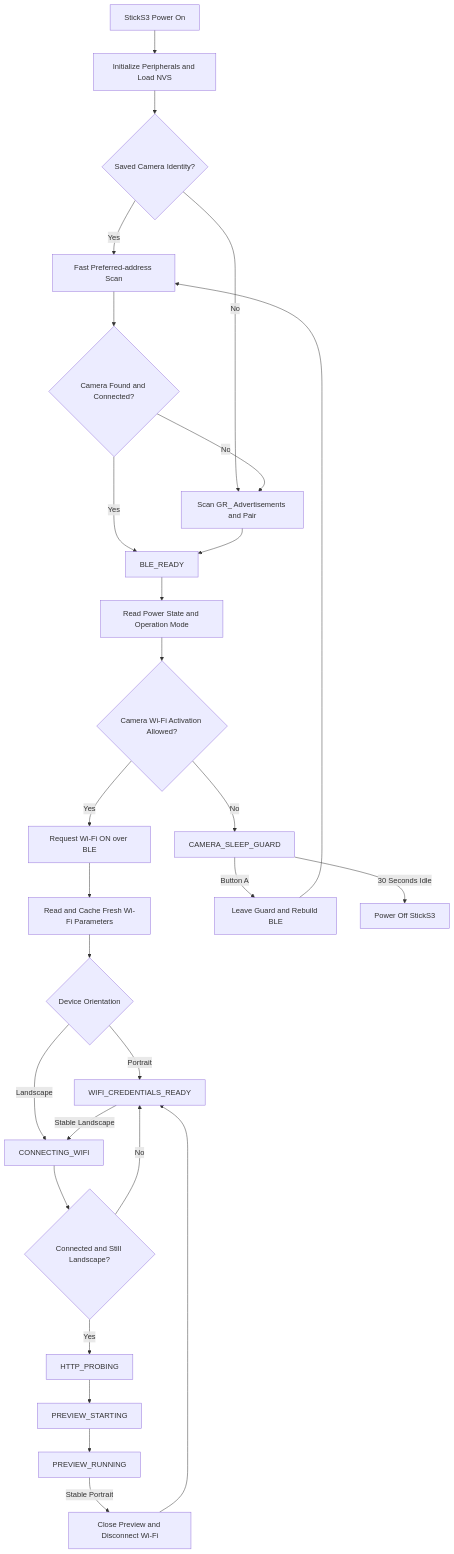
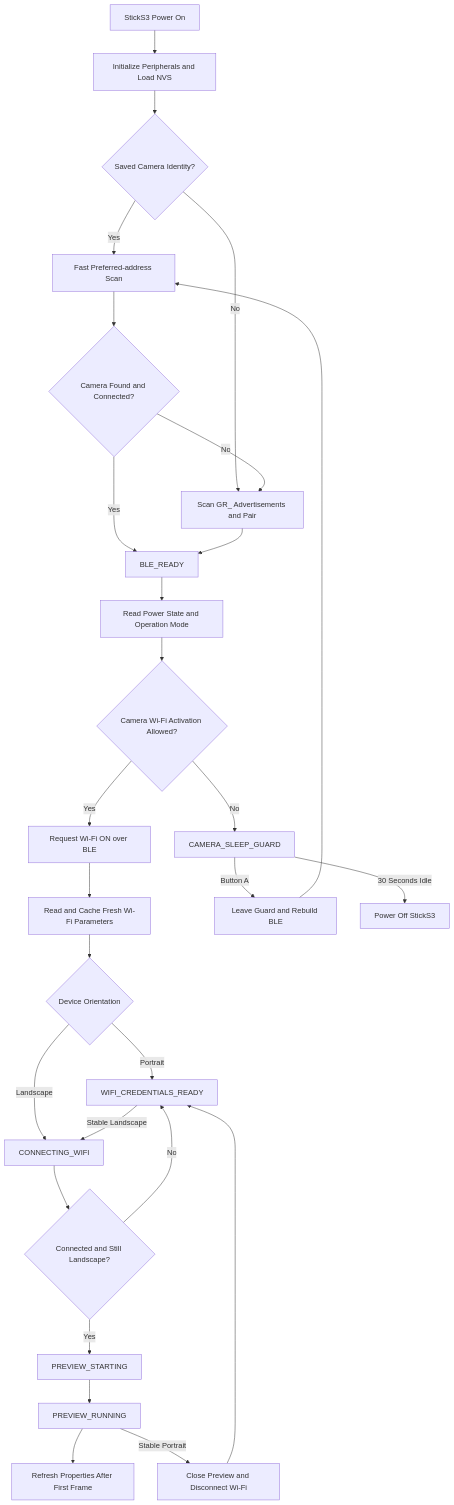
Before and after one commit to sky18Dragon/RICOH-GR-Live-View-Shooting: the diagram in README_EN.md, drawn with Mermaid. The commit also changed other lines of this file and 32 other files, not shown here.

````diff
--- a/README_EN.md
+++ b/README_EN.md
@@ -152,30 +153,30 @@
 ```mermaid
 flowchart TD
     A[StickS3 Power On] --> B[Initialize Peripherals and Load NVS]
     B --> C{Saved Camera Identity?}
     C -->|Yes| D[Fast Preferred-address Scan]
     C -->|No| E[Scan GR_ Advertisements and Pair]
     D --> F{Camera Found and Connected?}
     F -->|No| E
     F -->|Yes| G[BLE_READY]
     E --> G
     G --> H[Read Power State and Operation Mode]
     H --> I{Camera Wi-Fi Activation Allowed?}
     I -->|No| J[CAMERA_SLEEP_GUARD]
     I -->|Yes| K[Request Wi-Fi ON over BLE]
     K --> L[Read and Cache Fresh Wi-Fi Parameters]
     L --> M{Device Orientation}
     M -->|Portrait| N[WIFI_CREDENTIALS_READY]
     M -->|Landscape| O[CONNECTING_WIFI]
     N -->|Stable Landscape| O
     O --> P{Connected and Still Landscape?}
     P -->|No| N
-    P -->|Yes| Q[HTTP_PROBING]
-    Q --> R[PREVIEW_STARTING]
+    P -->|Yes| R[PREVIEW_STARTING]
     R --> S[PREVIEW_RUNNING]
+    S --> Q[Refresh Properties After First Frame]
     S -->|Stable Portrait| T[Close Preview and Disconnect Wi-Fi]
     T --> N
     J -->|Button A| U[Leave Guard and Rebuild BLE]
     J -->|30 Seconds Idle| V[Power Off StickS3]
     U --> D
 ```
````
